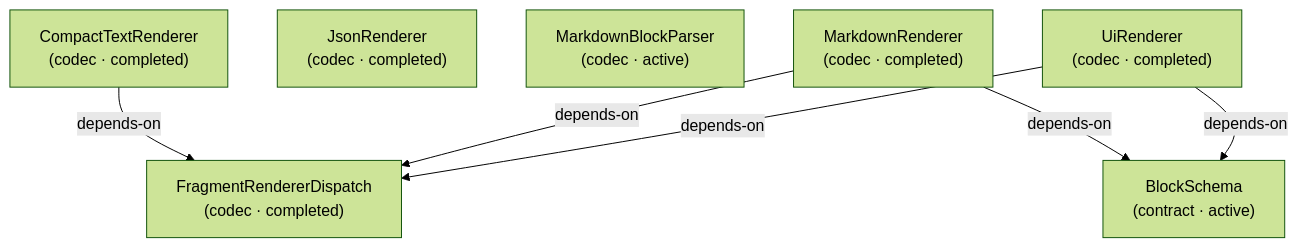
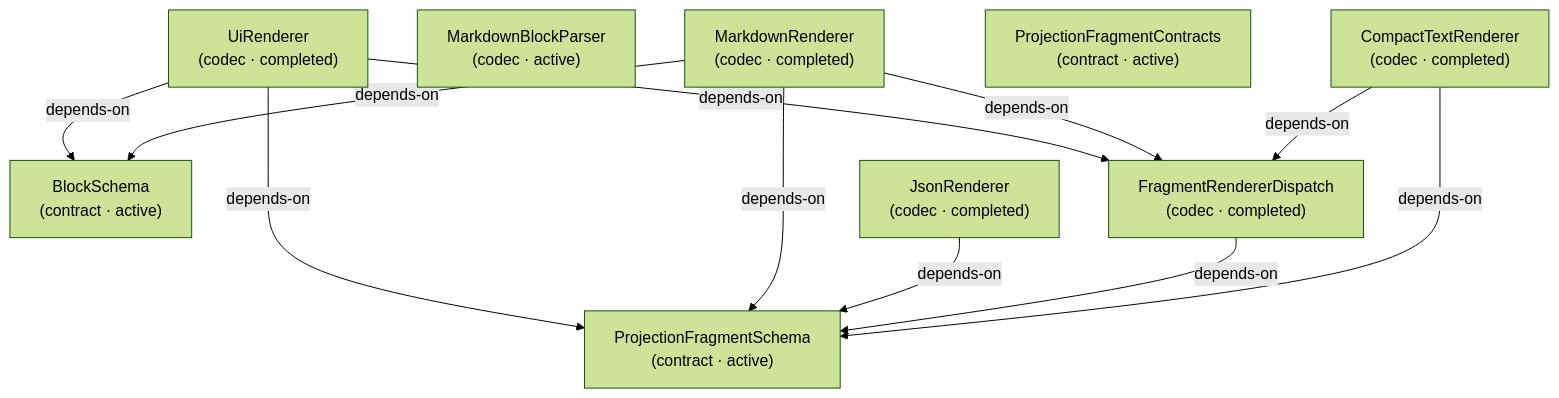
Diagram 19 of 24 in docs-live/DESIGN-REVIEW.md (libar-dev/architect), drawn with Mermaid (forest theme) before and after one commit. The commit also changed other lines of this file and 32 other files, not shown here.

````diff
--- a/docs-live/DESIGN-REVIEW.md
+++ b/docs-live/DESIGN-REVIEW.md
@@ -423,15 +422,22 @@
 ```mermaid
 graph TD
   blockschema["BlockSchema<br/>(contract · active)"]
   compacttextrenderer["CompactTextRenderer<br/>(codec · completed)"]
   fragmentrendererdispatch["FragmentRendererDispatch<br/>(codec · completed)"]
   jsonrenderer["JsonRenderer<br/>(codec · completed)"]
   markdownblockparser["MarkdownBlockParser<br/>(codec · active)"]
   markdownrenderer["MarkdownRenderer<br/>(codec · completed)"]
+  projectionfragmentcontracts["ProjectionFragmentContracts<br/>(contract · active)"]
+  projectionfragmentschema["ProjectionFragmentSchema<br/>(contract · active)"]
   uirenderer["UiRenderer<br/>(codec · completed)"]
   compacttextrenderer -->|depends-on| fragmentrendererdispatch
+  compacttextrenderer -->|depends-on| projectionfragmentschema
+  fragmentrendererdispatch -->|depends-on| projectionfragmentschema
+  jsonrenderer -->|depends-on| projectionfragmentschema
   markdownrenderer -->|depends-on| blockschema
   markdownrenderer -->|depends-on| fragmentrendererdispatch
+  markdownrenderer -->|depends-on| projectionfragmentschema
   uirenderer -->|depends-on| blockschema
   uirenderer -->|depends-on| fragmentrendererdispatch
+  uirenderer -->|depends-on| projectionfragmentschema
 ```
````
